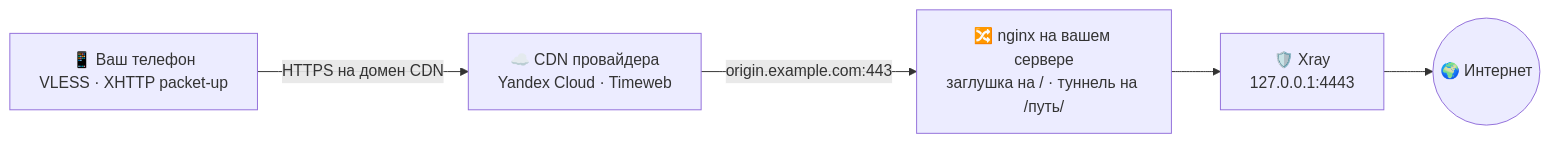
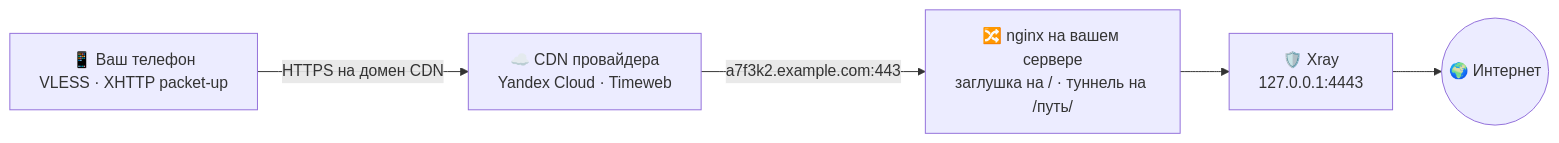
Before and after one commit to CraftStick/node-installer-cdn: the diagram in README.md, drawn with Mermaid. The commit also changed other lines of this file and 2 other files, not shown here.

First line of the commit message:
Случайный поддомен для origin вместо предсказуемого origin.<домен>

````diff
--- a/README.md
+++ b/README.md
@@ -79,12 +90,12 @@
 ```mermaid
 flowchart LR
     C["📱 Ваш телефон<br/>VLESS · XHTTP packet-up"]
     CDN["☁️ CDN провайдера<br/>Yandex Cloud · Timeweb"]
     N["🔀 nginx на вашем сервере<br/>заглушка на / · туннель на /путь/"]
     X["🛡️ Xray<br/>127.0.0.1:4443"]
     I(("🌍 Интернет"))
 
     C -->|"HTTPS на домен CDN"| CDN
-    CDN -->|"origin.example.com:443"| N
+    CDN -->|"a7f3k2.example.com:443"| N
     N --> X --> I
 ```
````
